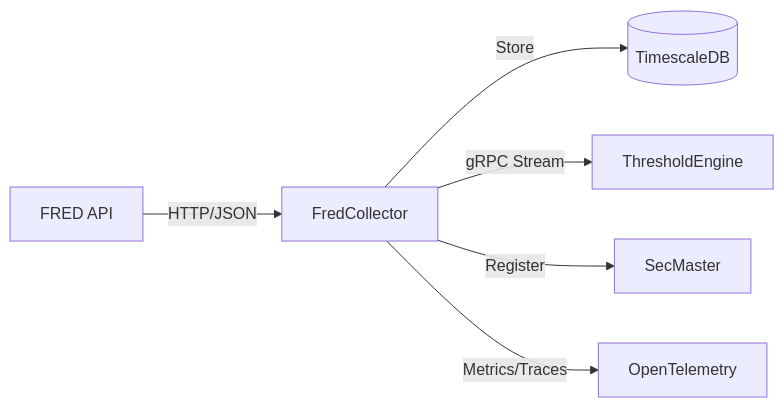
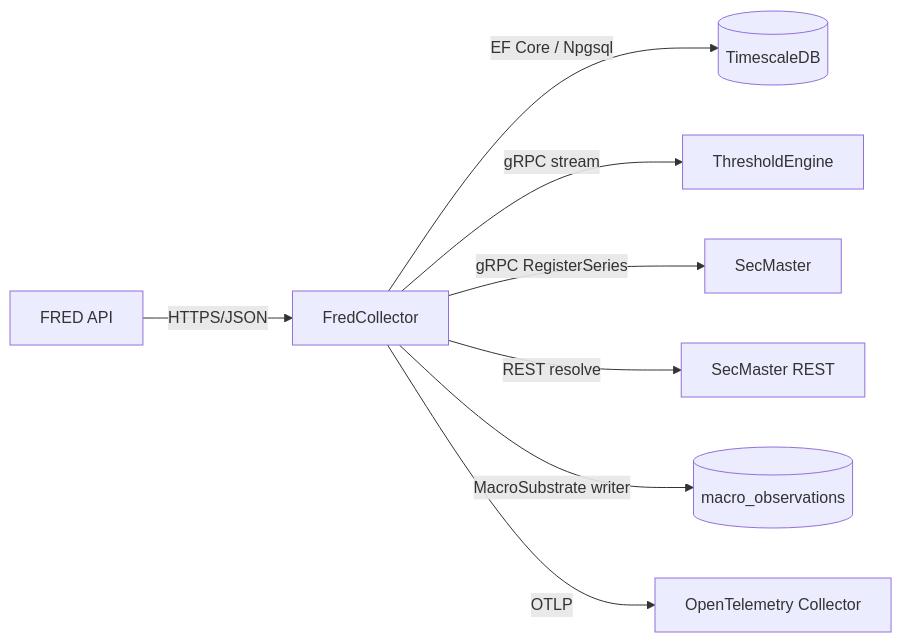
Before and after one commit to jpansarasa/ATLAS-Docs: the diagram in FredCollector/README.md, drawn with Mermaid. The commit also changed other lines of this file, not shown here.

````diff
--- a/FredCollector/README.md
+++ b/FredCollector/README.md
@@ -11,8 +11,10 @@
 ```mermaid
 flowchart LR
-    FRED[FRED API] -->|HTTP/JSON| FC[FredCollector]
-    FC -->|Store| DB[(TimescaleDB)]
-    FC -->|gRPC Stream| TE[ThresholdEngine]
-    FC -->|Register| SM[SecMaster]
-    FC -->|Metrics/Traces| OTEL[OpenTelemetry]
+    FRED[FRED API] -->|HTTPS/JSON| FC[FredCollector]
+    FC -->|EF Core / Npgsql| DB[(TimescaleDB)]
+    FC -->|gRPC stream| TE[ThresholdEngine]
+    FC -->|gRPC RegisterSeries| SM[SecMaster]
+    FC -->|REST resolve| SMR[SecMaster REST]
+    FC -->|MacroSubstrate writer| MS[(macro_observations)]
+    FC -->|OTLP| OTEL[OpenTelemetry Collector]
 ```
````
